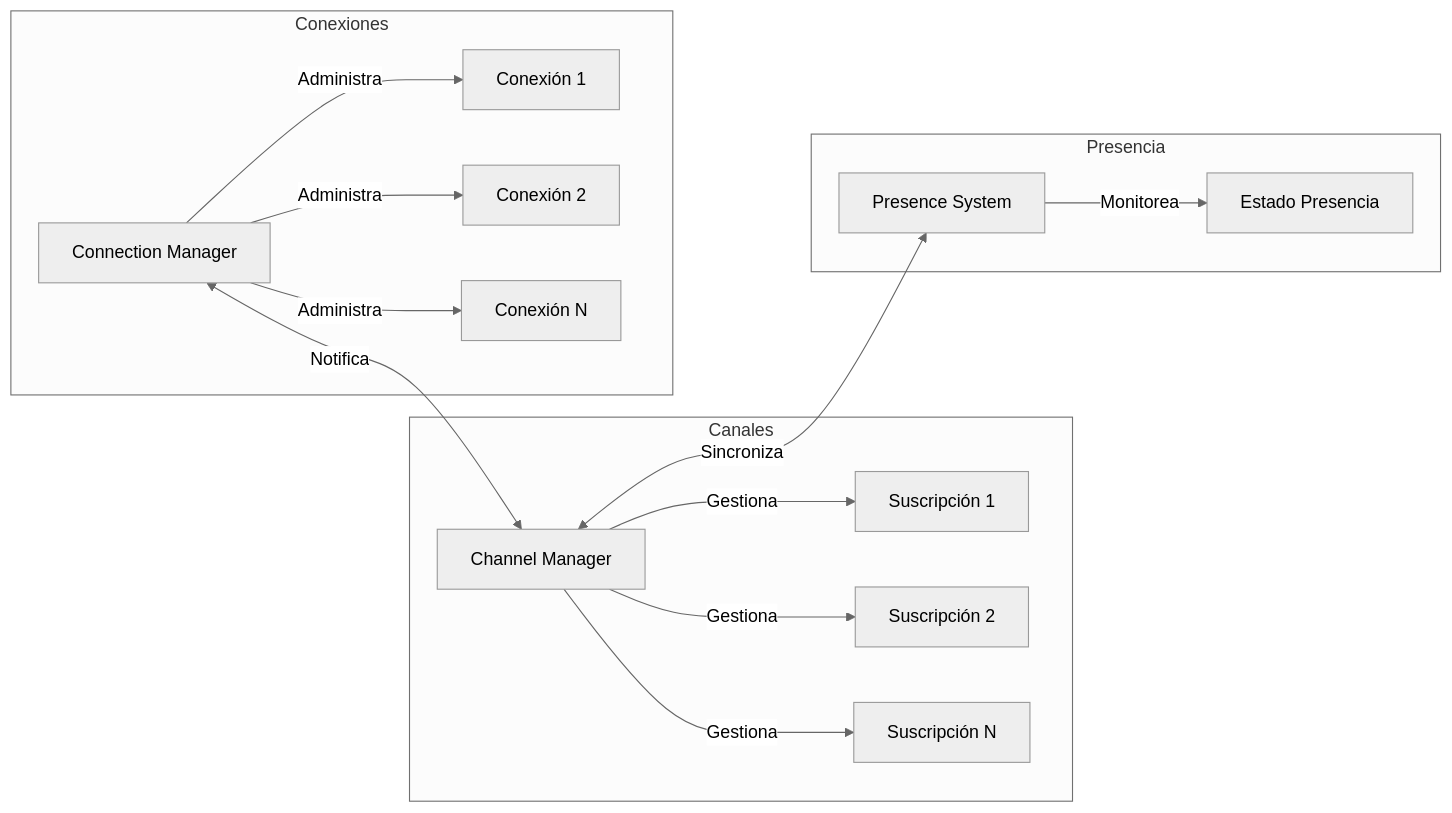
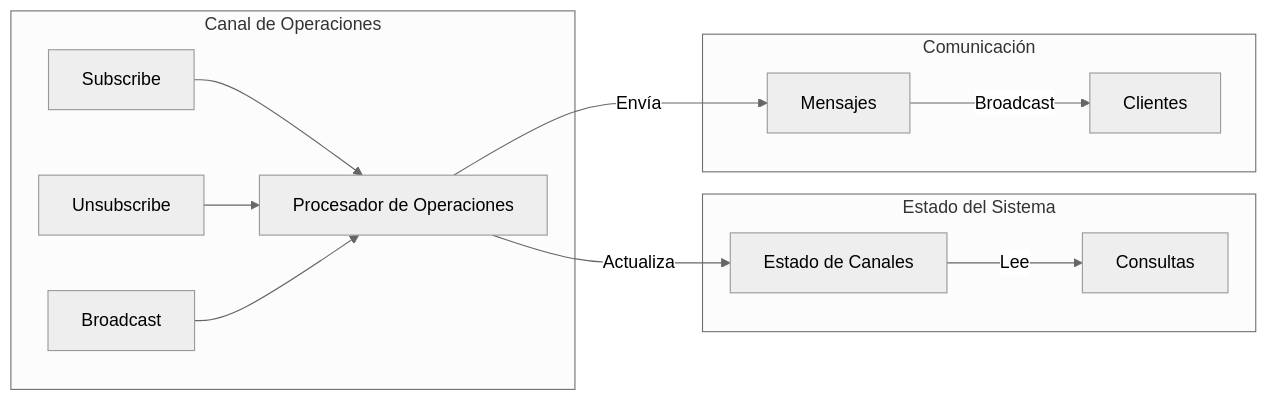
Before and after one commit to Hauyna/hauyna-web-socket: the third of 3 diagrams in README.md, drawn with Mermaid (neutral theme). The commit also changed other lines of this file and 4 other files, not shown here.

````diff
--- a/README.md
+++ b/README.md
@@ -149,21 +182,19 @@
 ```mermaid
 graph LR
-    subgraph Canales
-    CH[Channel Manager] -->|Gestiona| S1[Suscripción 1]
-    CH -->|Gestiona| S2[Suscripción 2]
-    CH -->|Gestiona| S3[Suscripción N]
+    subgraph "Canal de Operaciones"
+        Op1[Subscribe] --> Processor
+        Op2[Unsubscribe] --> Processor
+        Op3[Broadcast] --> Processor
+        Processor[Procesador de Operaciones]
     end
     
-    subgraph Presencia
-    P[Presence System] -->|Monitorea| PS[Estado Presencia]
+    subgraph "Estado del Sistema"
+        Processor -->|Actualiza| State[Estado de Canales]
+        State -->|Lee| Queries[Consultas]
     end
     
-    subgraph Conexiones
-    CM[Connection Manager] -->|Administra| C1[Conexión 1]
-    CM -->|Administra| C2[Conexión 2]
-    CM -->|Administra| C3[Conexión N]
+    subgraph "Comunicación"
+        Processor -->|Envía| Messages[Mensajes]
+        Messages -->|Broadcast| Clients[Clientes]
     end
-    
-    CH <-->|Sincroniza| P
-    CM <-->|Notifica| CH
 ```
````
